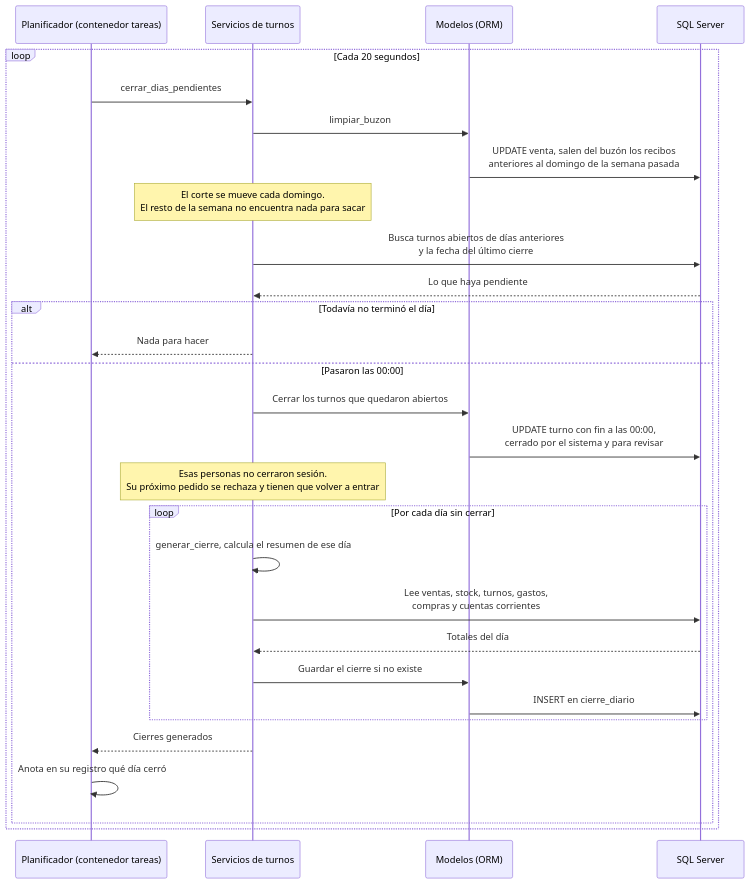
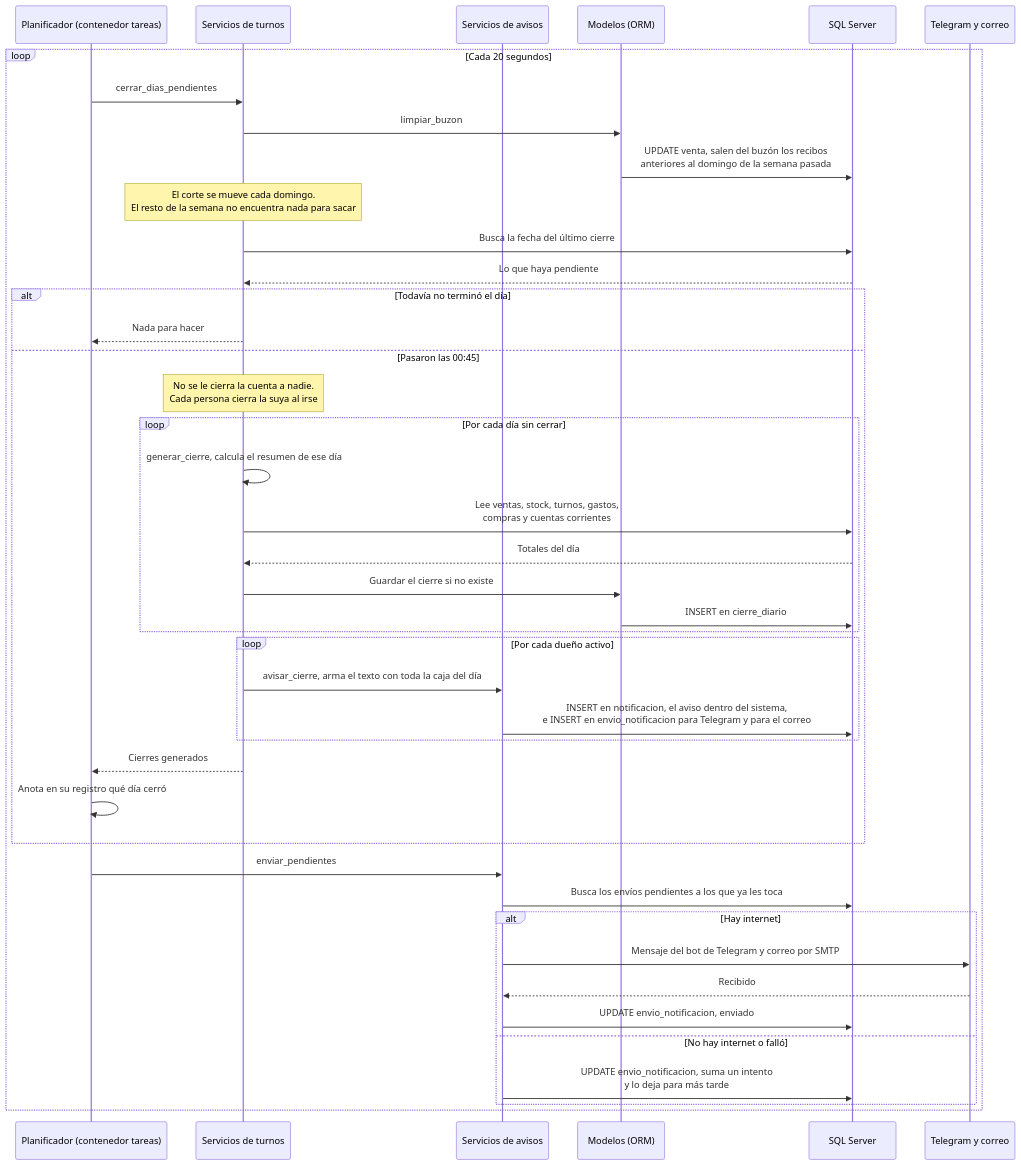
Before and after one commit to guadaluperren12345-art/sistema-de-mercado: the third of 4 diagrams in docs/diagrama-secuencia-resumen-cierre.md, drawn with Mermaid. The commit also changed other lines of this file and 50 other files, not shown here.

First line of the commit message:
Cierre automatico a las 00:45 y avisos a los duenos con la caja del dia

````diff
--- a/docs/diagrama-secuencia-resumen-cierre.md
+++ b/docs/diagrama-secuencia-resumen-cierre.md
@@ -125,34 +125,48 @@
 ```mermaid
 sequenceDiagram
     participant Plan as Planificador (contenedor tareas)
     participant Servicios as Servicios de turnos
+    participant Avisos as Servicios de avisos
     participant ORM as Modelos (ORM)
     participant BD as SQL Server
+    participant Afuera as Telegram y correo
 
     loop Cada 20 segundos
         Plan->>Servicios: cerrar_dias_pendientes
         Servicios->>ORM: limpiar_buzon
         ORM->>BD: UPDATE venta, salen del buzón los recibos<br/>anteriores al domingo de la semana pasada
         Note over Servicios: El corte se mueve cada domingo.<br/>El resto de la semana no encuentra nada para sacar
-        Servicios->>BD: Busca turnos abiertos de días anteriores<br/>y la fecha del último cierre
+        Servicios->>BD: Busca la fecha del último cierre
         BD-->>Servicios: Lo que haya pendiente
 
         alt Todavía no terminó el día
             Servicios-->>Plan: Nada para hacer
-        else Pasaron las 00:00
-            Servicios->>ORM: Cerrar los turnos que quedaron abiertos
-            ORM->>BD: UPDATE turno con fin a las 00:00,<br/>cerrado por el sistema y para revisar
-            Note over Servicios: Esas personas no cerraron sesión.<br/>Su próximo pedido se rechaza y tienen que volver a entrar
+        else Pasaron las 00:45
+            Note over Servicios: No se le cierra la cuenta a nadie.<br/>Cada persona cierra la suya al irse
 
             loop Por cada día sin cerrar
                 Servicios->>Servicios: generar_cierre, calcula el resumen de ese día
                 Servicios->>BD: Lee ventas, stock, turnos, gastos,<br/>compras y cuentas corrientes
                 BD-->>Servicios: Totales del día
                 Servicios->>ORM: Guardar el cierre si no existe
                 ORM->>BD: INSERT en cierre_diario
             end
+            loop Por cada dueño activo
+                Servicios->>Avisos: avisar_cierre, arma el texto con toda la caja del día
+                Avisos->>BD: INSERT en notificacion, el aviso dentro del sistema,<br/>e INSERT en envio_notificacion para Telegram y para el correo
+            end
             Servicios-->>Plan: Cierres generados
             Plan->>Plan: Anota en su registro qué día cerró
         end
+
+        Plan->>Avisos: enviar_pendientes
+        Avisos->>BD: Busca los envíos pendientes a los que ya les toca
+        alt Hay internet
+            Avisos->>Afuera: Mensaje del bot de Telegram y correo por SMTP
+            Afuera-->>Avisos: Recibido
+            Avisos->>BD: UPDATE envio_notificacion, enviado
+        else No hay internet o falló
+            Avisos->>BD: UPDATE envio_notificacion, suma un intento<br/>y lo deja para más tarde
+        end
     end
 ```
````
